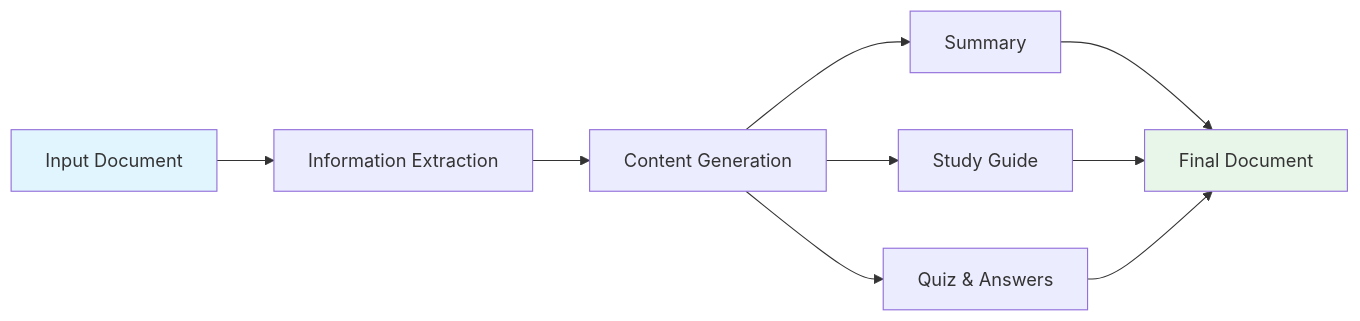
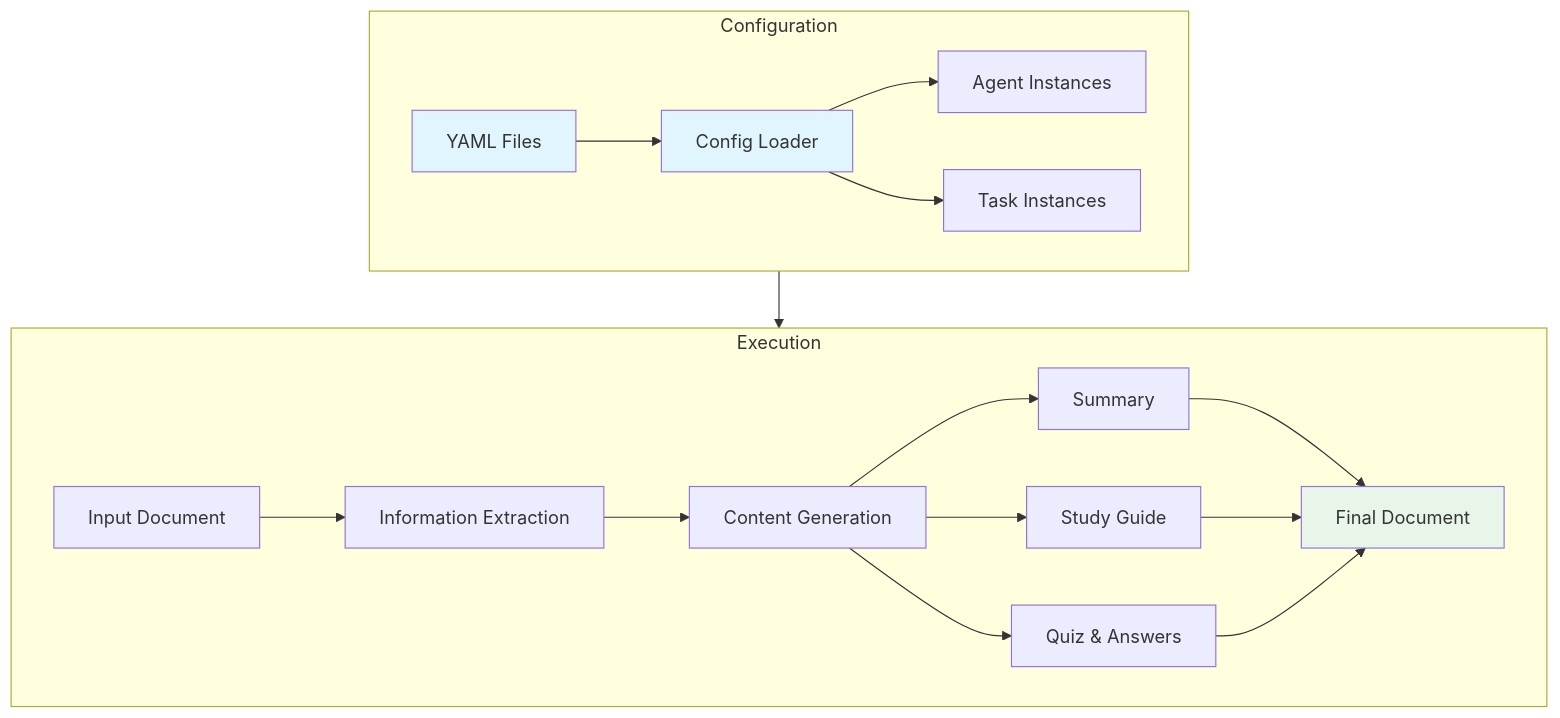
Before and after one commit to monkinng9/Docs-to-quiz: the diagram in README.md, drawn with Mermaid. The commit also changed other lines of this file and 14 other files, not shown here.

````diff
--- a/README.md
+++ b/README.md
@@ -17,16 +36,27 @@
 ```mermaid
-flowchart LR
-    input[Input Document] --> extract[Information Extraction]
-    extract --> generate[Content Generation]
-    
-    generate --> sum[Summary]
-    generate --> guide[Study Guide]
-    generate --> quiz[Quiz & Answers]
-    
-    sum --> final[Final Document]
-    guide --> final
-    quiz --> final
+flowchart TB
+    subgraph Configuration
+        yaml[YAML Files] --> loader[Config Loader]
+        loader --> agents[Agent Instances]
+        loader --> tasks[Task Instances]
+    end
 
-    style input fill:#e1f5fe
+    subgraph Execution
+        input[Input Document] --> extract[Information Extraction]
+        extract --> generate[Content Generation]
+        
+        generate --> sum[Summary]
+        generate --> guide[Study Guide]
+        generate --> quiz[Quiz & Answers]
+        
+        sum --> final[Final Document]
+        guide --> final
+        quiz --> final
+    end
+
+    Configuration --> Execution
+
+    style yaml fill:#e1f5fe
+    style loader fill:#e1f5fe
     style final fill:#e8f5e9
 ```
````
